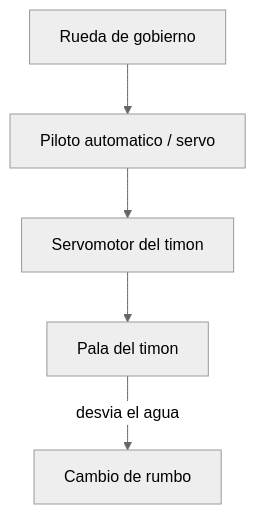
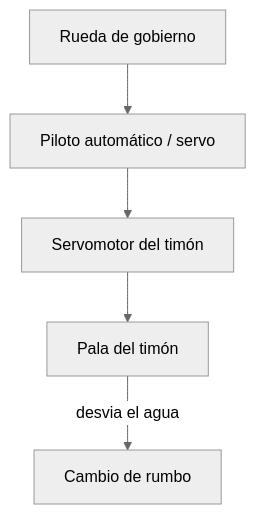
Before and after one commit to vladimiracunadev-create/machine-operator-program: the third of 3 diagrams in vehiculos/barcos-mercantes/operacion/sistemas-mecanicos-barco-mercante.md, drawn with Mermaid (neutral theme). The commit also changed other lines of this file and 442 other files, not shown here.

````diff
--- a/vehiculos/barcos-mercantes/operacion/sistemas-mecanicos-barco-mercante.md
+++ b/vehiculos/barcos-mercantes/operacion/sistemas-mecanicos-barco-mercante.md
@@ -83,7 +83,7 @@
 ```mermaid
 flowchart TD
-    Rueda[Rueda de gobierno] --> Piloto[Piloto automatico / servo]
-    Piloto --> Servo[Servomotor del timon]
-    Servo --> Pala[Pala del timon]
+    Rueda[Rueda de gobierno] --> Piloto[Piloto automático / servo]
+    Piloto --> Servo[Servomotor del timón]
+    Servo --> Pala[Pala del timón]
     Pala -->|desvia el agua| Giro[Cambio de rumbo]
 ```
````
